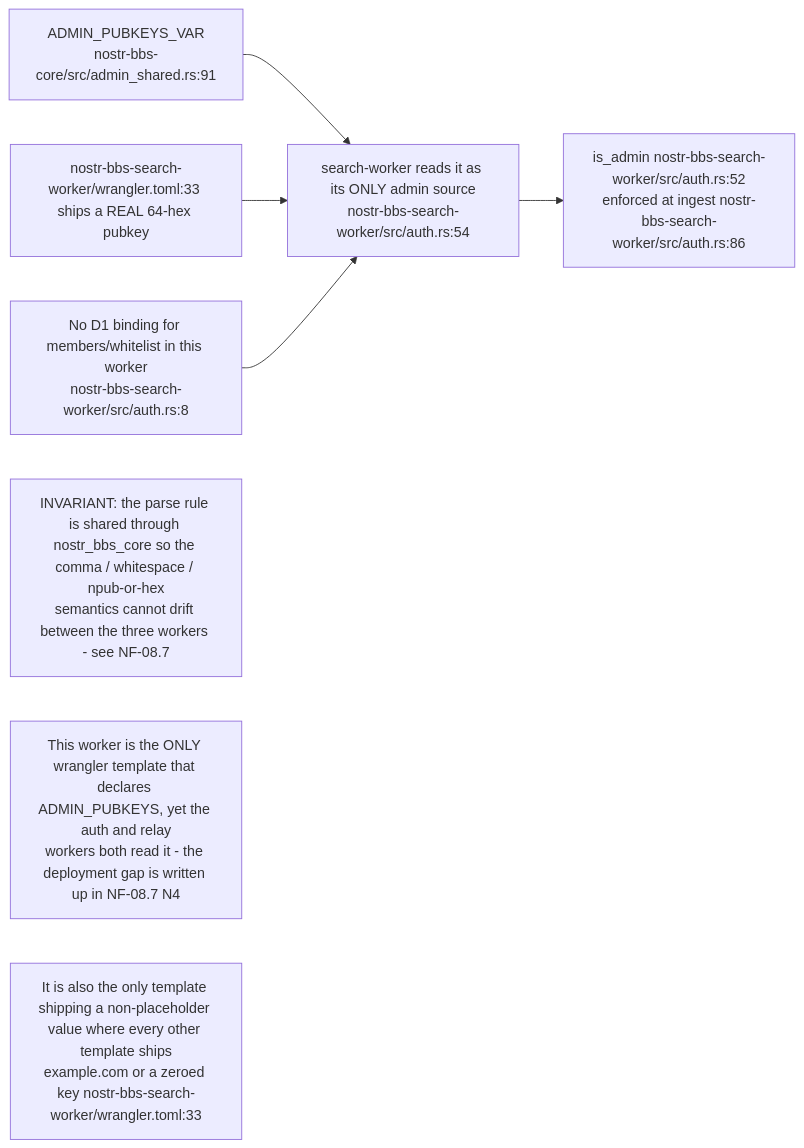
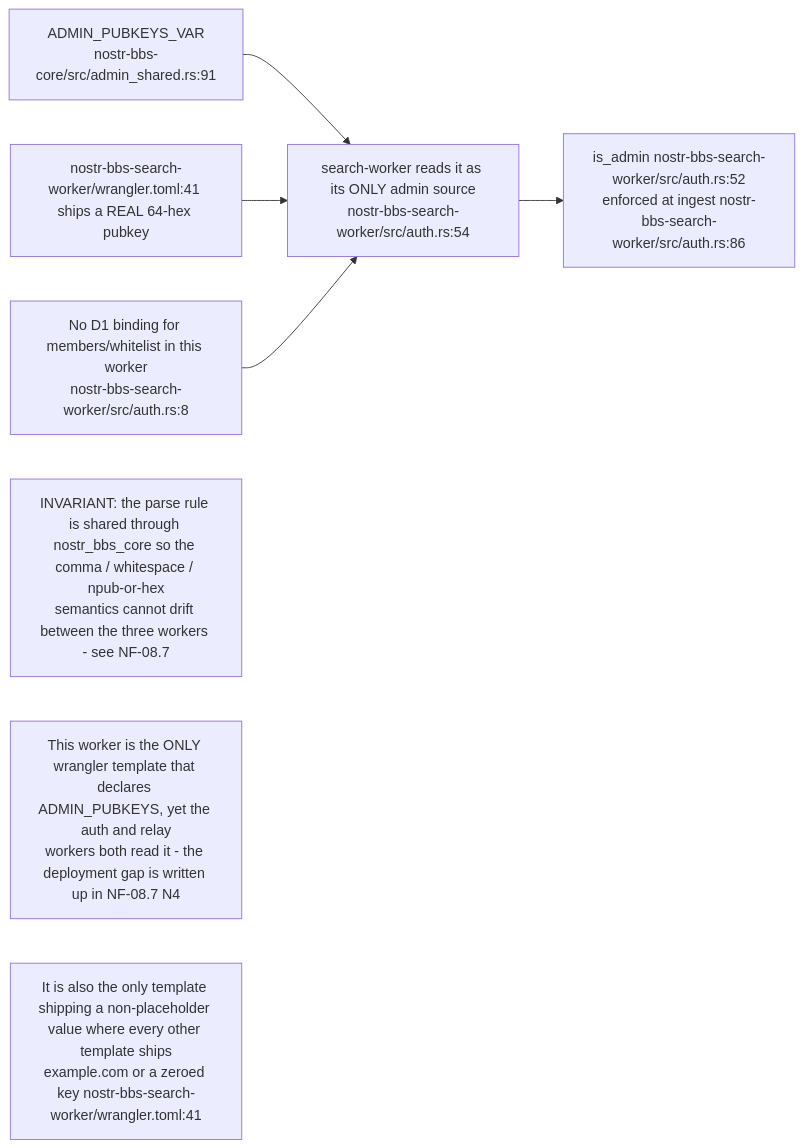
The second of 9 diagrams in docs/diagrams/nostr-rust-forum/07-search-preview-and-shared-worker-utilities.md (DreamLab-AI/VisionFlow), drawn with Mermaid before and after one commit. The commit also changed other lines of this file and 145 other files, not shown here.

````diff
--- a/docs/diagrams/nostr-rust-forum/07-search-preview-and-shared-worker-utilities.md
+++ b/docs/diagrams/nostr-rust-forum/07-search-preview-and-shared-worker-utilities.md
@@ -59,16 +59,16 @@
 ```mermaid
 flowchart LR
     VAR["ADMIN_PUBKEYS_VAR<br/>nostr-bbs-core/src/admin_shared.rs:91"]
     READ["search-worker reads it as its ONLY admin source<br/>nostr-bbs-search-worker/src/auth.rs:54"]
     CHK["is_admin nostr-bbs-search-worker/src/auth.rs:52<br/>enforced at ingest nostr-bbs-search-worker/src/auth.rs:86"]
-    TPL["nostr-bbs-search-worker/wrangler.toml:33 ships a REAL 64-hex pubkey"]
+    TPL["nostr-bbs-search-worker/wrangler.toml:41 ships a REAL 64-hex pubkey"]
     WHY["No D1 binding for members/whitelist in this worker<br/>nostr-bbs-search-worker/src/auth.rs:8"]
 
     VAR --> READ --> CHK
     TPL --> READ
     WHY --> READ
 
     N1["INVARIANT: the parse rule is shared through nostr_bbs_core so the comma / whitespace / npub-or-hex<br/>semantics cannot drift between the three workers - see NF-08.7"]
     N2["This worker is the ONLY wrangler template that declares ADMIN_PUBKEYS, yet the auth and relay<br/>workers both read it - the deployment gap is written up in NF-08.7 N4"]
-    N3["It is also the only template shipping a non-placeholder value where every other template ships<br/>example.com or a zeroed key nostr-bbs-search-worker/wrangler.toml:33"]
+    N3["It is also the only template shipping a non-placeholder value where every other template ships<br/>example.com or a zeroed key nostr-bbs-search-worker/wrangler.toml:41"]
 ```
````
